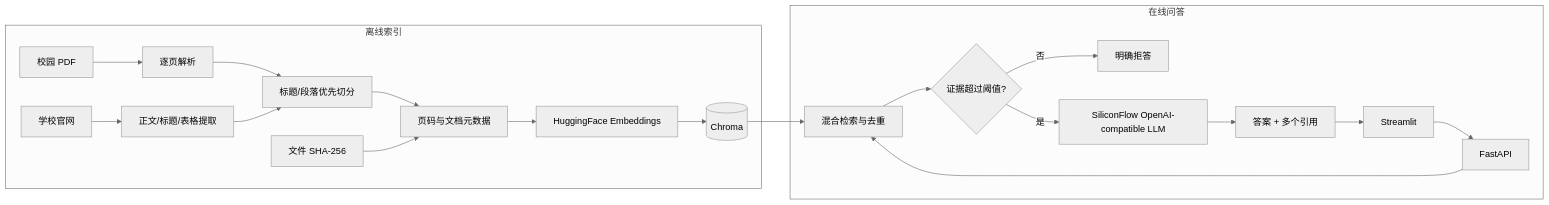
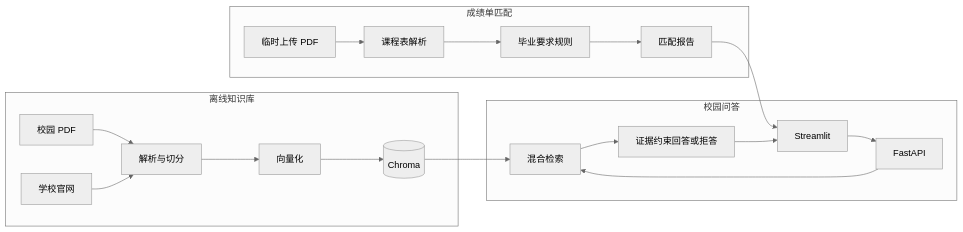
One commit to Shen-Xiaodan/campus-assistant changed the diagram in README.md. Above: the diagram before and after it, drawn with Mermaid (neutral theme). The commit also changed other lines of this file, not shown here.

````diff
--- a/README.md
+++ b/README.md
@@ -33,24 +43,24 @@
 ```mermaid
 flowchart LR
-    subgraph ingestion[离线索引]
-        PDF[校园 PDF] --> Parse[逐页解析]
-        Web[学校官网] --> Clean[正文/标题/表格提取]
-        Parse --> Chunk[标题/段落优先切分]
-        Clean --> Chunk
-        Chunk --> Meta[页码与文档元数据]
-        Meta --> Embed[HuggingFace Embeddings]
+    subgraph ingestion[离线知识库]
+        PDF[校园 PDF] --> Parse[解析与切分]
+        Web[学校官网] --> Parse
+        Parse --> Embed[向量化]
         Embed --> Chroma[(Chroma)]
-        Hash[文件 SHA-256] --> Meta
     end
 
-    subgraph serving[在线问答]
+    subgraph qa[校园问答]
         UI[Streamlit] --> API[FastAPI]
-        API --> Retrieve[混合检索与去重]
+        API --> Retrieve[混合检索]
         Chroma --> Retrieve
-        Retrieve --> Gate{证据超过阈值?}
-        Gate -- 否 --> Refuse[明确拒答]
-        Gate -- 是 --> LLM[SiliconFlow OpenAI-compatible LLM]
-        LLM --> Result[答案 + 多个引用]
-        Result --> UI
+        Retrieve --> Answer[证据约束回答或拒答]
+        Answer --> UI
+    end
+
+    subgraph transcript[成绩单匹配]
+        Upload[临时上传 PDF] --> Extract[课程表解析]
+        Extract --> Rules[毕业要求规则]
+        Rules --> Report[匹配报告]
+        Report --> UI
     end
 ```
````
